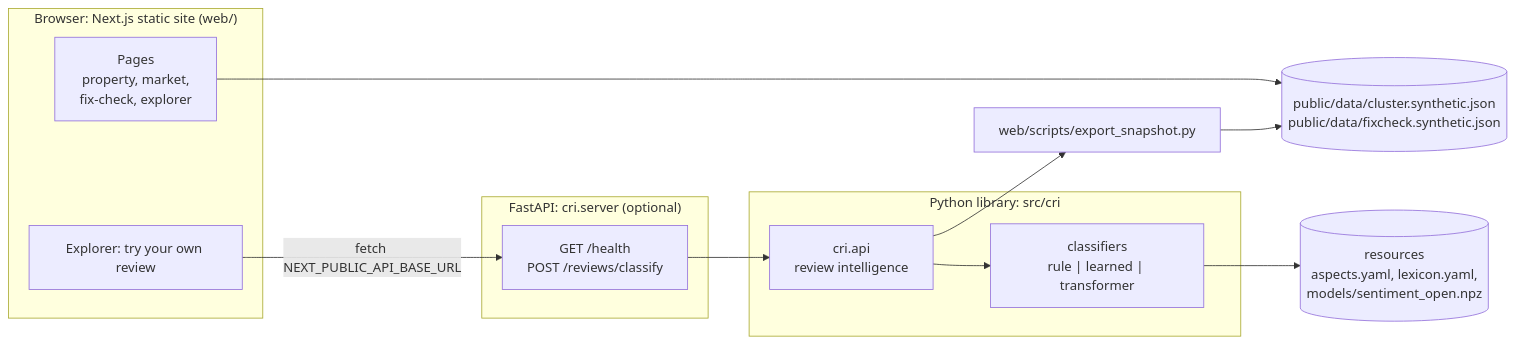
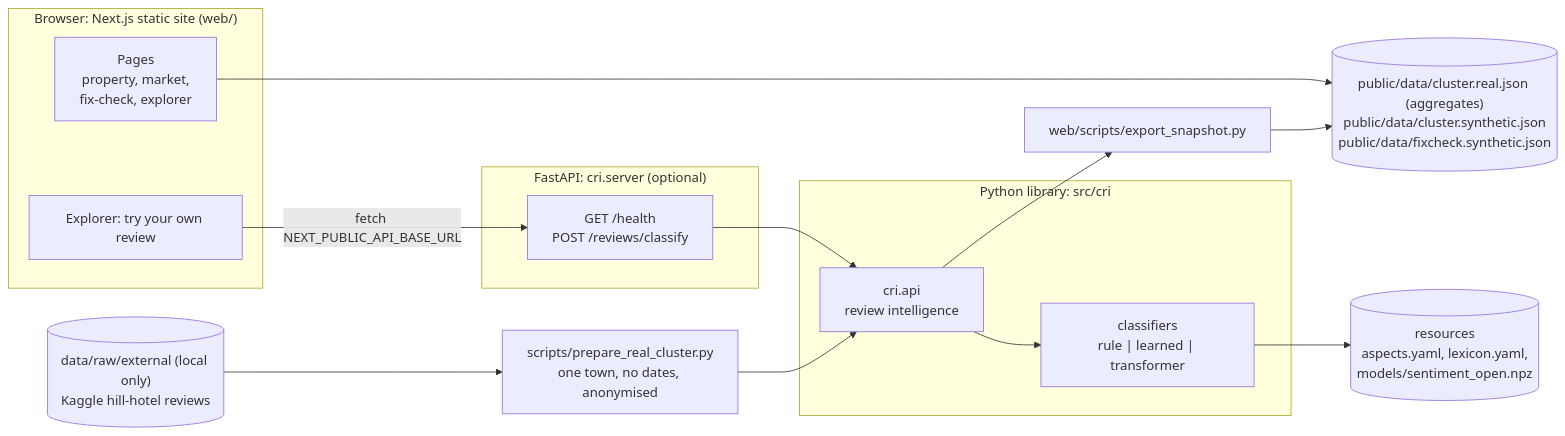
One commit to AnubhavKiroula/cluster-review-intelligence changed the first of 2 diagrams in docs/SYSTEM_DESIGN.md. Above: the diagram before and after it, drawn with Mermaid. The commit also changed other lines of this file and 18 other files, not shown here.

First line of the commit message:
docs: lead with the real Kausani cluster; record data, licence and limits

````diff
--- a/docs/SYSTEM_DESIGN.md
+++ b/docs/SYSTEM_DESIGN.md
@@ -20,22 +26,25 @@
 ```mermaid
 flowchart LR
   subgraph Browser["Browser: Next.js static site (web/)"]
     PAGES["Pages<br/>property, market,<br/>fix-check, explorer"]
     TRY["Explorer: try your own review"]
   end
-  SNAP[("public/data/cluster.synthetic.json<br/>public/data/fixcheck.synthetic.json")]
+  SNAP[("public/data/cluster.real.json (aggregates)<br/>public/data/cluster.synthetic.json<br/>public/data/fixcheck.synthetic.json")]
   EXP["web/scripts/export_snapshot.py"]
+  RAW[("data/raw/external (local only)<br/>Kaggle hill-hotel reviews")]
+  PREP["scripts/prepare_real_cluster.py<br/>one town, no dates, anonymised"]
   subgraph API["FastAPI: cri.server (optional)"]
     EP["GET /health<br/>POST /reviews/classify"]
   end
   subgraph Core["Python library: src/cri"]
     CRI["cri.api<br/>review intelligence"]
     CLS["classifiers<br/>rule | learned | transformer"]
   end
   RES[("resources<br/>aspects.yaml, lexicon.yaml,<br/>models/sentiment_open.npz")]
+  RAW --> PREP --> CRI
   CRI --> EXP --> SNAP
   PAGES --> SNAP
   TRY -- "fetch NEXT_PUBLIC_API_BASE_URL" --> EP
   EP --> CRI
   CRI --> CLS --> RES
 ```
````
